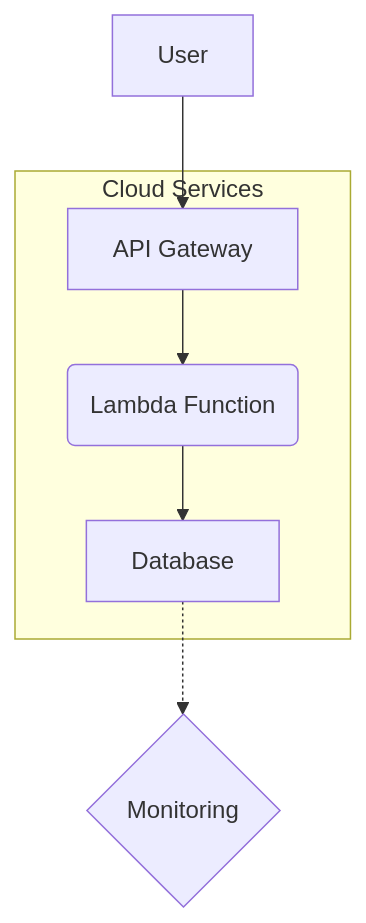
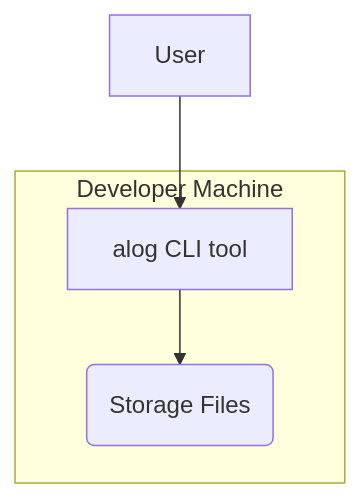
Before and after one commit to prettysmartdev/alog: the diagram in aspec/architecture/design.md, drawn with Mermaid. The commit also changed other lines of this file and 40 other files, not shown here.

````diff
--- a/aspec/architecture/design.md
+++ b/aspec/architecture/design.md
@@ -20,10 +20,8 @@
 ```mermaid
 graph TD
-    subgraph "Cloud Services"
-        A[API Gateway] --> B(Lambda Function)
-        B --> C[Database]
+    subgraph "Developer Machine"
+        A[alog CLI tool] --> B(Storage Files)
     end
 
     User --> A
-    C -.-> D{Monitoring}
 ```
````
